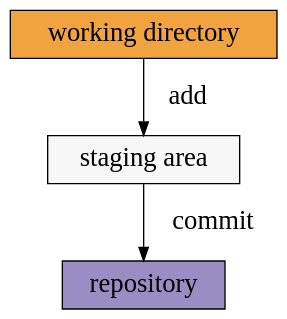
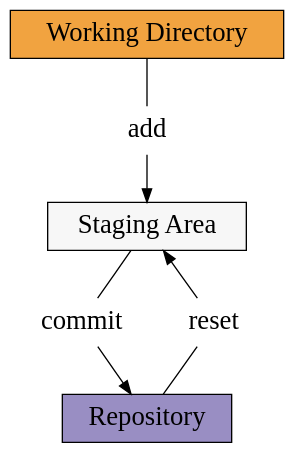
Before and after one commit to nirname/git-report: the first of 10 diagrams in index.md, drawn with Graphviz. The commit also changed other lines of this file and 3 other files, not shown here.

````diff
--- a/index.md
+++ b/index.md
@@ -40,14 +40,27 @@
 ```graphviz
 digraph {
-  bgcolor="transparent"
-  node[shape="rect" style="filled" fontsize=20]
-  edge[fontsize=20]
+  graph[bgcolor="transparent"]
+  node[fontsize=20]
 
-  "working directory" -> "staging area" [label="   add"]
-  "staging area" -> repository [label="   commit"]
+  subgraph areas {
+    node[shape="rect" style="filled"]
+    wd [fillcolor="#f1a340" label="Working Directory"]
+    sa [fillcolor="#f7f7f7" label="Staging Area"]
+    rp [fillcolor="#998ec3" label="Repository"]
+  }
 
-  "working directory" [fillcolor="#f1a340"]
-  "staging area"      [fillcolor="#f7f7f7"]
-  repository          [fillcolor="#998ec3"]
+  subgraph commands {
+    node[shape="plaintext"]
+    add
+    commit
+    reset
+  }
+
+  wd -> add [arrowhead="none"]
+  add -> sa
+  sa -> commit [arrowhead="none"]
+  commit -> rp
+  sa -> reset [dir="back"]
+  reset -> rp [arrowhead="none"]
 }
 ```
````
